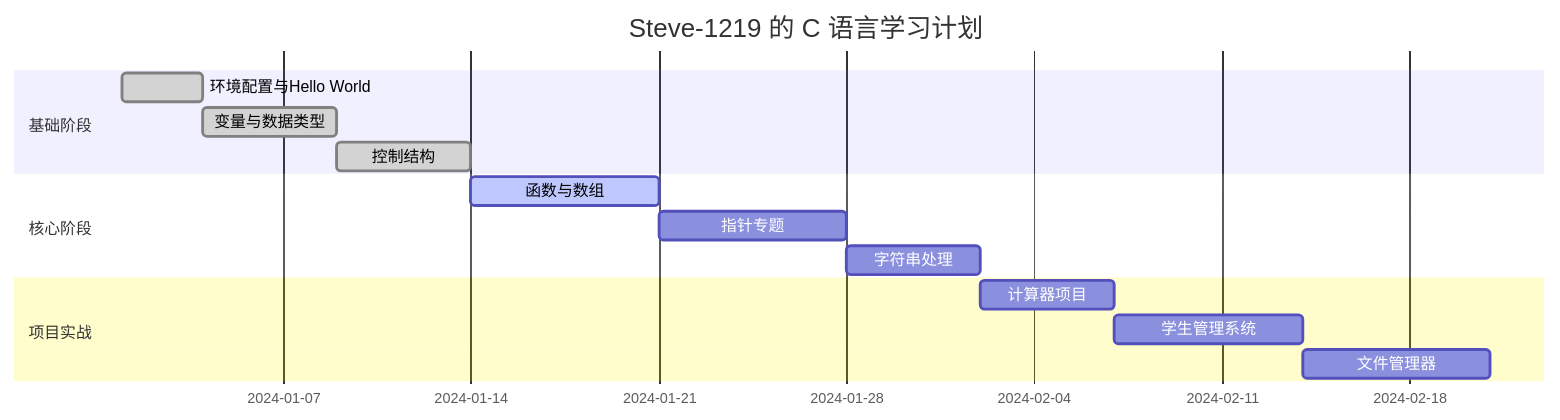
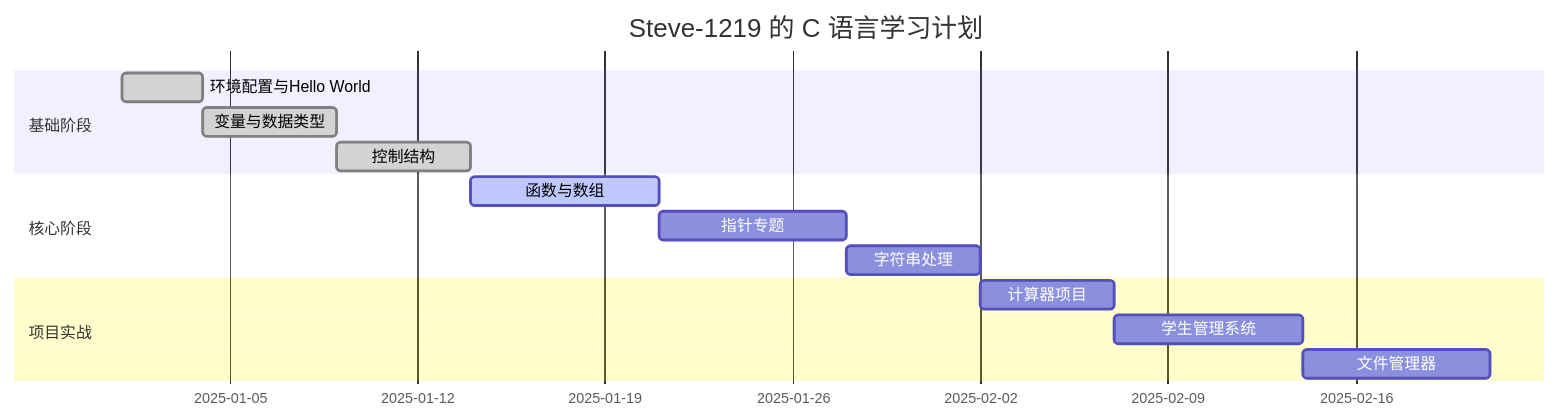
The diagram in README.md (Steve-1219/c_learning), drawn with Mermaid before and after one commit. The commit also changed other lines of this file, not shown here.

````diff
--- a/README.md
+++ b/README.md
@@ -267,17 +261,17 @@
 ```mermaid
 gantt
     title Steve-1219 的 C 语言学习计划
     dateFormat  YYYY-MM-DD
     section 基础阶段
-    环境配置与Hello World :done, 2024-01-01, 3d
-    变量与数据类型       :done, 2024-01-04, 5d
-    控制结构           :done, 2024-01-09, 5d
+    环境配置与Hello World :done, 2025-01-01, 3d
+    变量与数据类型       :done, 2025-01-04, 5d
+    控制结构           :done, 2025-01-09, 5d
     section 核心阶段
-    函数与数组         :active, 2024-01-14, 7d
-    指针专题           :2024-01-21, 7d
-    字符串处理         :2024-01-28, 5d
+    函数与数组         :active, 2025-01-14, 7d
+    指针专题           :2025-01-21, 7d
+    字符串处理         :2025-01-28, 5d
     section 项目实战
-    计算器项目         :2024-02-02, 5d
-    学生管理系统       :2024-02-07, 7d
-    文件管理器         :2024-02-14, 7d
+    计算器项目         :2025-02-02, 5d
+    学生管理系统       :2025-02-07, 7d
+    文件管理器         :2025-02-14, 7d
 ```
````
